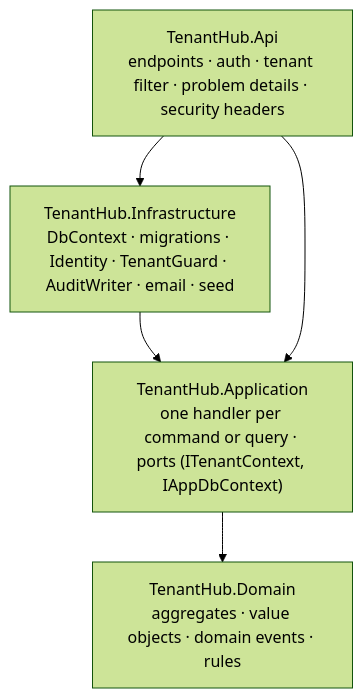
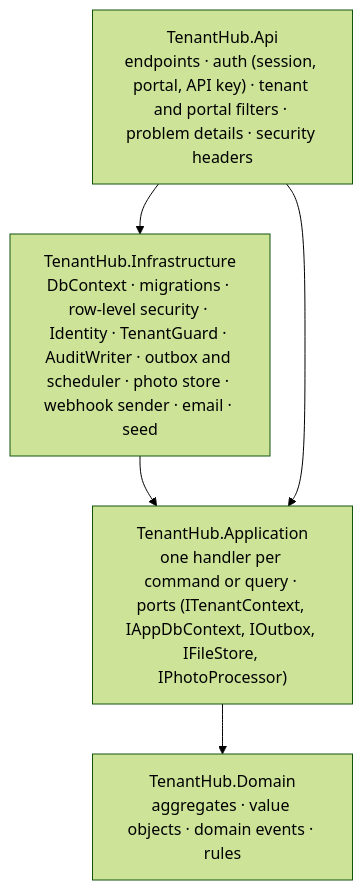
Before and after one commit to bojanpetkovski18/tenant-hub: the second of 4 diagrams in docs/ARCHITECTURE.md, drawn with Mermaid (forest theme). The commit also changed other lines of this file, not shown here.

Commit message:
Update the architecture document for v2 as built

````diff
--- a/docs/ARCHITECTURE.md
+++ b/docs/ARCHITECTURE.md
@@ -27,9 +33,9 @@
 ```mermaid
 flowchart TB
-  Api["TenantHub.Api<br/>endpoints · auth · tenant filter · problem details · security headers"]
-  Infrastructure["TenantHub.Infrastructure<br/>DbContext · migrations · Identity · TenantGuard · AuditWriter · email · seed"]
-  Application["TenantHub.Application<br/>one handler per command or query · ports (ITenantContext, IAppDbContext)"]
+  Api["TenantHub.Api<br/>endpoints · auth (session, portal, API key) · tenant and portal filters · problem details · security headers"]
+  Infrastructure["TenantHub.Infrastructure<br/>DbContext · migrations · row-level security · Identity · TenantGuard · AuditWriter · outbox and scheduler · photo store · webhook sender · email · seed"]
+  Application["TenantHub.Application<br/>one handler per command or query · ports (ITenantContext, IAppDbContext, IOutbox, IFileStore, IPhotoProcessor)"]
   Domain["TenantHub.Domain<br/>aggregates · value objects · domain events · rules"]
   Api --> Infrastructure --> Application --> Domain
   Api --> Application
 ```
````
